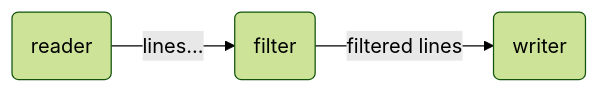
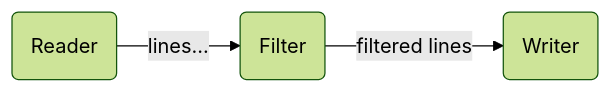
Before and after one commit to mariomac/pipes: the diagram in docs/tutorial/b-highlevel/01-basic-nodes/README.md, drawn with Mermaid (forest theme). The commit also changed other lines of this file and 10 other files, not shown here.

````diff
--- a/docs/tutorial/b-highlevel/01-basic-nodes/README.md
+++ b/docs/tutorial/b-highlevel/01-basic-nodes/README.md
@@ -193,5 +193,5 @@
 ```mermaid
 graph LR
-    R(reader) -->|lines...| F(filter)
-    F -->|filtered lines| W(writer)
+    R(Reader) -->|lines...| F(Filter)
+    F -->|filtered lines| W(Writer)
 ```
````
